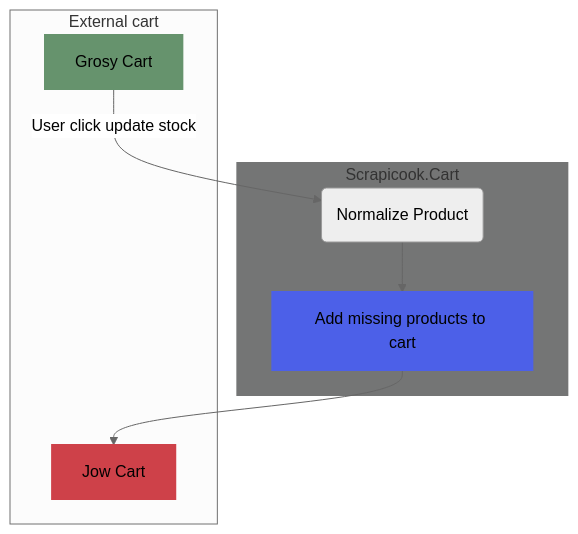
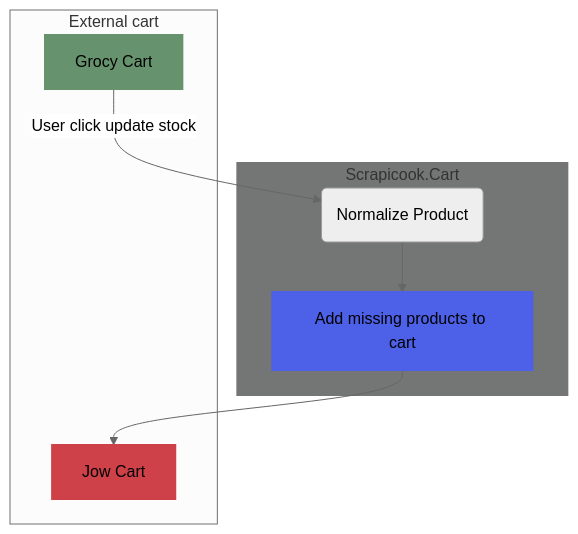
One commit to vincentbattez/Scrapicook changed the third of 5 diagrams in readme.md. Above: the diagram before and after it, drawn with Mermaid (neutral theme). The commit also changed other lines of this file and 27 other files, not shown here.

````diff
--- a/readme.md
+++ b/readme.md
@@ -128,24 +168,24 @@
 ```mermaid
 graph TD
     %% colors
     style JOW_CART fill:#CE4149,stroke:#CE4149,stroke-width:2px
     style ADD_CART fill:#4C60E8,stroke:#4C60E8,stroke-width:2px
     style Scrapicook.Cart fill:#747575,stroke:#747575,stroke-width:2px
 
     style GSY_CART fill:#66936D,stroke:#66936D,stroke-width:2px
 
     %% subgraph
     subgraph Scrapicook.Cart
         NORMALIZE(Normalize Product)
         ADD_CART[Add missing products to cart]
     end
     
     subgraph External cart
-        GSY_CART[Grosy Cart]
+        GSY_CART[Grocy Cart]
         JOW_CART[Jow Cart]
     end
     
     GSY_CART -->|User click update stock| NORMALIZE
     NORMALIZE --> ADD_CART
     ADD_CART --> JOW_CART
 ```
````
